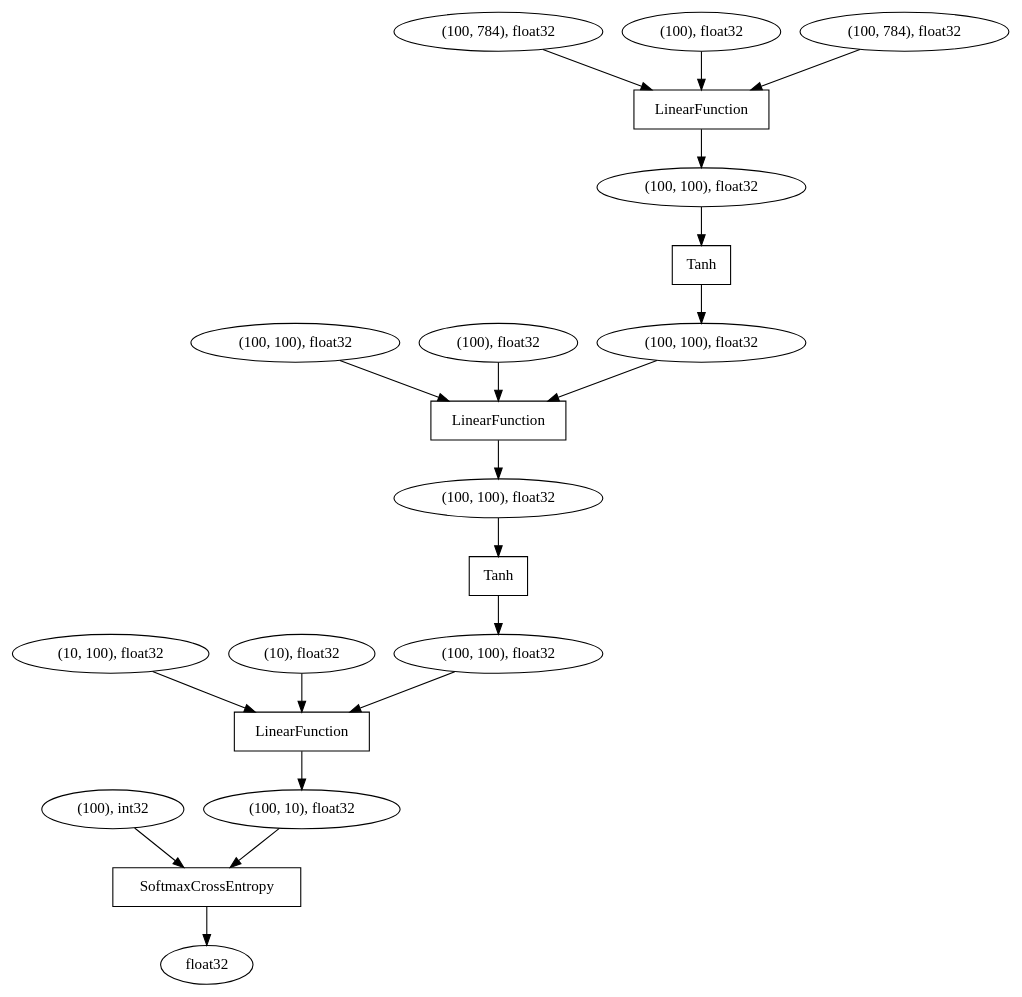
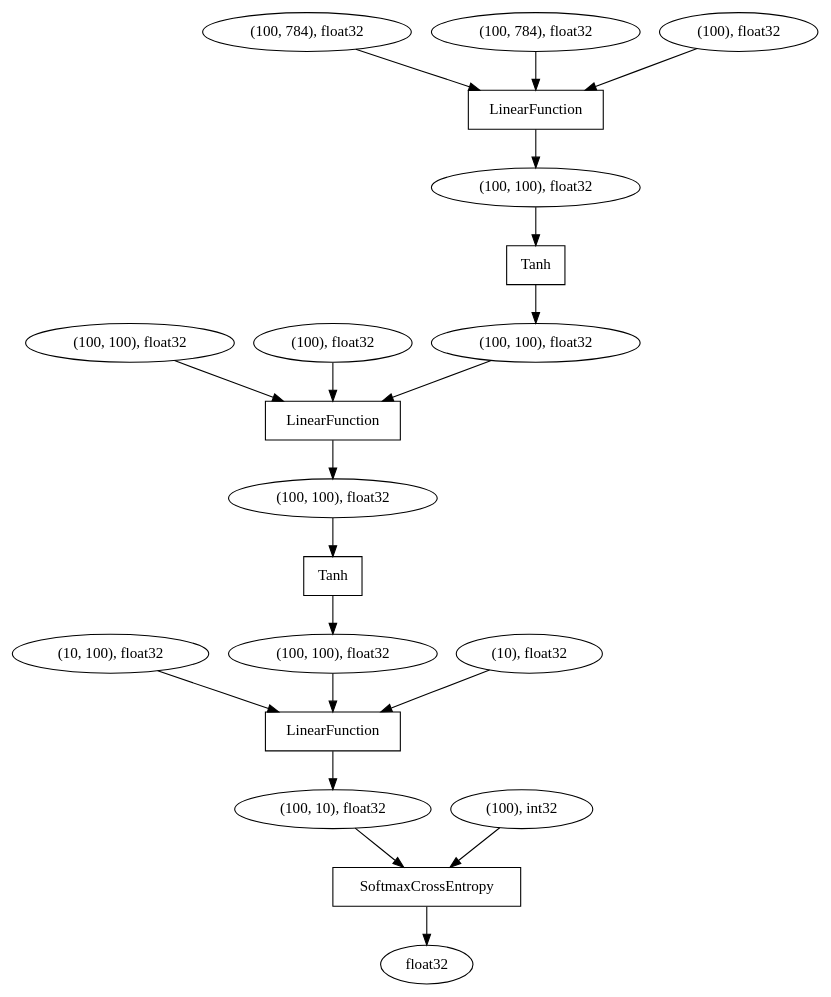
The diagram in graph.dot (DoliDoli/chainer_course), drawn with Graphviz before and after one commit. The commit also changed 9 other files, not shown here.

```diff
--- a/graph.dot
+++ b/graph.dot
@@ -1,1 +1,1 @@
-digraph graphname{rankdir=TB;4475343872 [label="(100, 100), float32",shape="oval"];4475342352 [label="LinearFunction",shape="box"];4475344936 [label="LinearFunction",shape="box"];4475344432 [label="SoftmaxCrossEntropy",shape="box"];4474304048 [label="(100, 100), float32",shape="oval"];4475287480 [label="LinearFunction",shape="box"];4474304104 [label="(100), float32",shape="oval"];4475340392 [label="(100, 100), float32",shape="oval"];4474303936 [label="(100, 784), float32",shape="oval"];4474304216 [label="(10, 100), float32",shape="oval"];4475344096 [label="float32",shape="oval"];4477891304 [label="Tanh",shape="box"];4474304272 [label="(10), float32",shape="oval"];4475346336 [label="(100, 100), float32",shape="oval"];4474214160 [label="(100), float32",shape="oval"];4475345328 [label="Tanh",shape="box"];4475345832 [label="(100, 10), float32",shape="oval"];4475333040 [label="(100), int32",shape="oval"];4475332032 [label="(100, 784), float32",shape="oval"];4475344376 [label="(100, 100), float32",shape="oval"];4475345328 -> 4475343872;4475340392 -> 4477891304;4474304216 -> 4475344936;4475346336 -> 4475342352;4475342352 -> 4475344376;4475333040 -> 4475344432;4474304048 -> 4475342352;4475345832 -> 4475344432;4474304104 -> 4475342352;4475287480 -> 4475340392;4474304272 -> 4475344936;4475344376 -> 4475345328;4477891304 -> 4475346336;4475332032 -> 4475287480;4474303936 -> 4475287480;4474214160 -> 4475287480;4475343872 -> 4475344936;4475344432 -> 4475344096;4475344936 -> 4475345832;}
+digraph graphname{rankdir=TB;4405222424 [label="(10, 100), float32",shape="oval"];4516932128 [label="(100, 100), float32",shape="oval"];4516931624 [label="(100, 100), float32",shape="oval"];4405221920 [label="(100, 100), float32",shape="oval"];4405221976 [label="(100), float32",shape="oval"];4516928536 [label="Tanh",shape="box"];4516926576 [label="LinearFunction",shape="box"];4516929664 [label="Tanh",shape="box"];4516932240 [label="(100, 100), float32",shape="oval"];4516927640 [label="(100, 100), float32",shape="oval"];4515264160 [label="(100, 784), float32",shape="oval"];4405222088 [label="(100, 784), float32",shape="oval"];4403796680 [label="(100), float32",shape="oval"];4405222648 [label="(10), float32",shape="oval"];4516931344 [label="float32",shape="oval"];4516933416 [label="LinearFunction",shape="box"];4516928816 [label="LinearFunction",shape="box"];4516931904 [label="(100, 10), float32",shape="oval"];4516916584 [label="(100), int32",shape="oval"];4516933024 [label="SoftmaxCrossEntropy",shape="box"];4405221920 -> 4516926576;4516931904 -> 4516933024;4516928816 -> 4516927640;4516929664 -> 4516932128;4516927640 -> 4516928536;4516932128 -> 4516933416;4516931624 -> 4516929664;4516916584 -> 4516933024;4405221976 -> 4516926576;4515264160 -> 4516928816;4405222088 -> 4516928816;4403796680 -> 4516928816;4405222424 -> 4516933416;4516928536 -> 4516932240;4516933024 -> 4516931344;4405222648 -> 4516933416;4516933416 -> 4516931904;4516926576 -> 4516931624;4516932240 -> 4516926576;}
```
